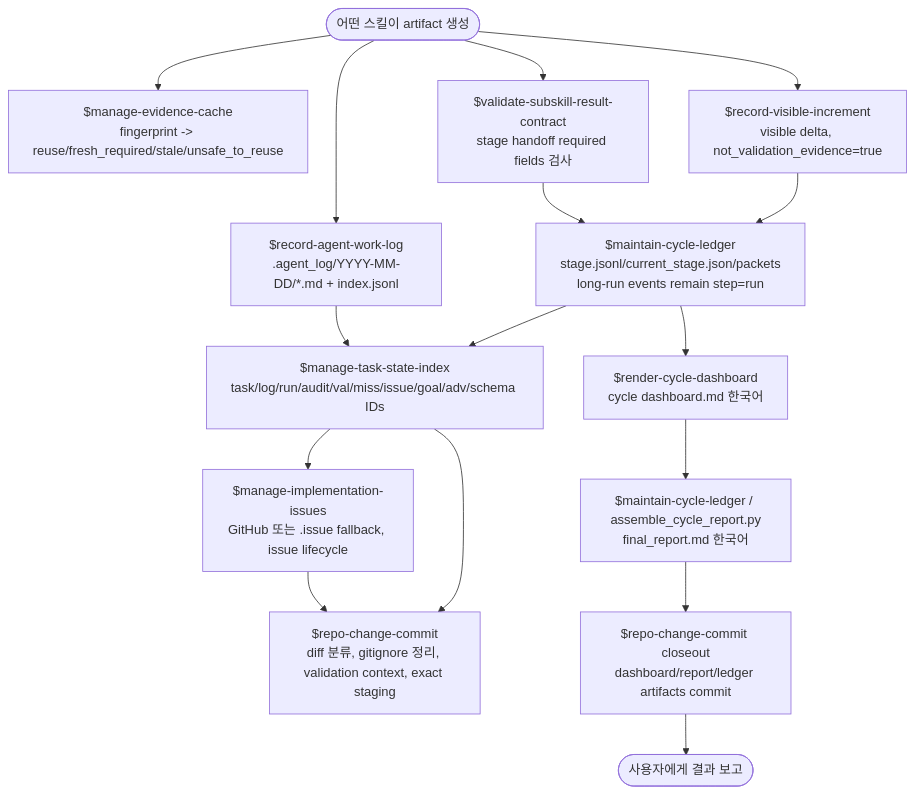
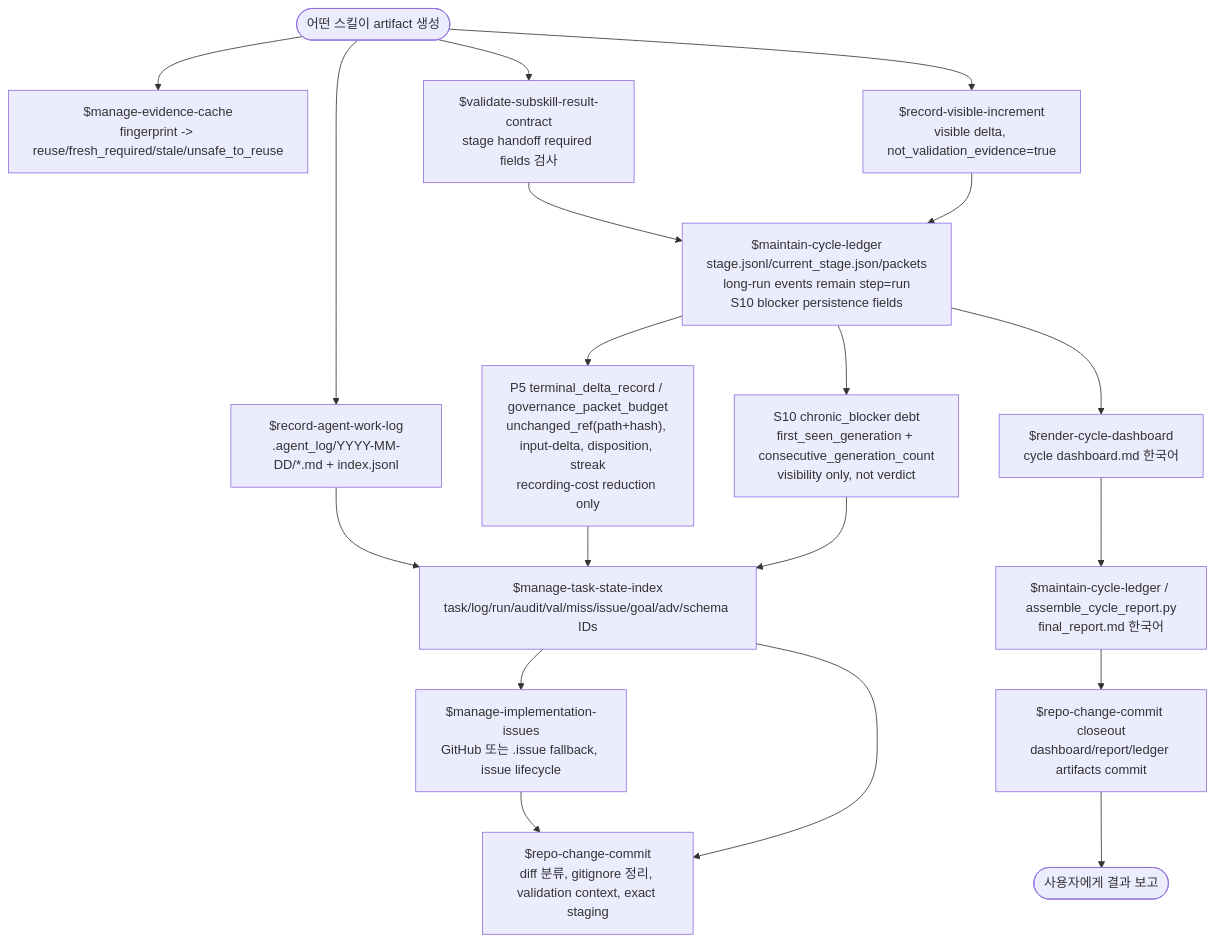
One commit to sw1029/workflow_swfool changed the fifth of 7 diagrams in README.md. Above: the diagram before and after it, drawn with Mermaid. The commit also changed other lines of this file and 11 other files, not shown here.

First line of the commit message:
Update workflow skill flowcharts

````diff
--- a/README.md
+++ b/README.md
@@ -238,27 +258,30 @@
 ```mermaid
 flowchart TD
   Evidence([어떤 스킬이 artifact 생성])
   Cache["$manage-evidence-cache<br/>fingerprint -> reuse/fresh_required/stale/unsafe_to_reuse"]
   Log["$record-agent-work-log<br/>.agent_log/YYYY-MM-DD/*.md + index.jsonl"]
-  Ledger["$maintain-cycle-ledger<br/>stage.jsonl/current_stage.json/packets<br/>long-run events remain step=run"]
+  Ledger["$maintain-cycle-ledger<br/>stage.jsonl/current_stage.json/packets<br/>long-run events remain step=run<br/>S10 blocker persistence fields"]
+  TerminalDelta["P5 terminal_delta_record / governance_packet_budget<br/>unchanged_ref(path+hash), input-delta, disposition, streak<br/>recording-cost reduction only"]
+  Chronic["S10 chronic_blocker debt<br/>first_seen_generation + consecutive_generation_count<br/>visibility only, not verdict"]
   Contract["$validate-subskill-result-contract<br/>stage handoff required fields 검사"]
   Index["$manage-task-state-index<br/>task/log/run/audit/val/miss/issue/goal/adv/schema IDs"]
   Visible["$record-visible-increment<br/>visible delta, not_validation_evidence=true"]
   Issue["$manage-implementation-issues<br/>GitHub 또는 .issue fallback, issue lifecycle"]
   Commit["$repo-change-commit<br/>diff 분류, gitignore 정리, validation context, exact staging"]
   Dashboard["$render-cycle-dashboard<br/>cycle dashboard.md 한국어"]
   Report["$maintain-cycle-ledger / assemble_cycle_report.py<br/>final_report.md 한국어"]
   Closeout["$repo-change-commit closeout<br/>dashboard/report/ledger artifacts commit"]
   User([사용자에게 결과 보고])
 
   Evidence --> Cache
   Evidence --> Log
   Evidence --> Contract --> Ledger
   Log --> Index
-  Ledger --> Index
+  Ledger --> TerminalDelta --> Index
+  Ledger --> Chronic --> Index
   Evidence --> Visible --> Ledger
   Index --> Issue
   Issue --> Commit
   Index --> Commit
   Ledger --> Dashboard --> Report --> Closeout --> User
 ```
````
